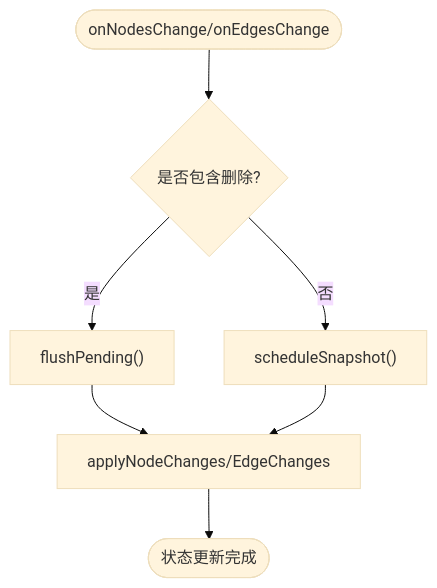
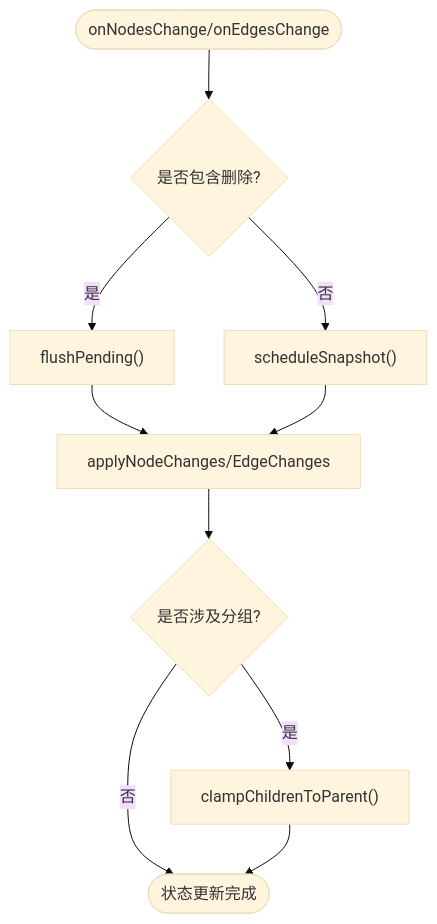
The third of 7 diagrams in .qoder/repowiki/zh/content/架构设计/状态管理模式/状态管理模式.md (suqi-bot/SuQCanvas), drawn with Mermaid (base theme) before and after one commit. The commit also changed other lines of this file and 93 other files, not shown here.

````diff
--- a/.qoder/repowiki/zh/content/架构设计/状态管理模式/状态管理模式.md
+++ b/.qoder/repowiki/zh/content/架构设计/状态管理模式/状态管理模式.md
@@ -161,9 +192,12 @@
 ```mermaid
 flowchart TD
 Start(["onNodesChange/onEdgesChange"]) --> CheckRemove{"是否包含删除?"}
 CheckRemove --> |是| Flush["flushPending()"]
 CheckRemove --> |否| Schedule["scheduleSnapshot()"]
 Flush --> Apply["applyNodeChanges/EdgeChanges"]
 Schedule --> Apply
-Apply --> End(["状态更新完成"])
+Apply --> CheckGroup{"是否涉及分组?"}
+CheckGroup --> |是| Clamp["clampChildrenToParent()"]
+CheckGroup --> |否| End(["状态更新完成"])
+Clamp --> End
 ```
````
